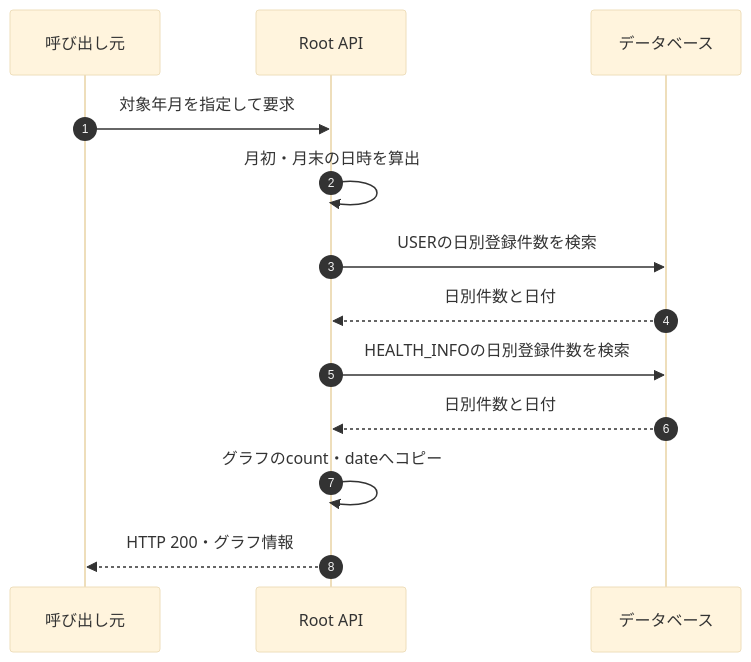
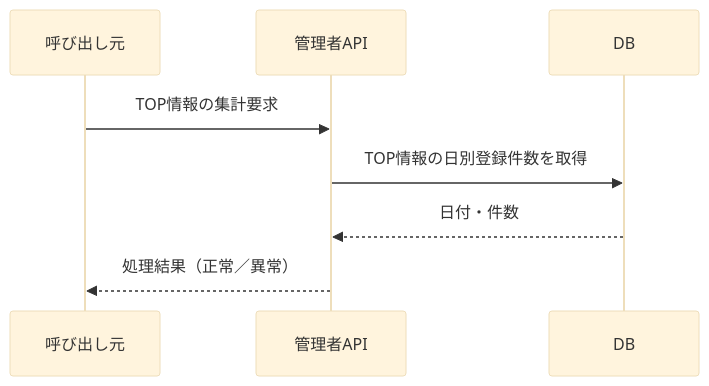
Before and after one commit to kohei-okazaki/work-3g: the first of 2 diagrams in ha-docs/design/05_rootapi/設計書_5.9.1.Top情報取得API.md, drawn with Mermaid (base theme). The commit also changed other lines of this file and 67 other files, not shown here.

````diff
--- a/ha-docs/design/05_rootapi/設計書_5.9.1.Top情報取得API.md
+++ b/ha-docs/design/05_rootapi/設計書_5.9.1.Top情報取得API.md
@@ -92,15 +10,10 @@
 ```mermaid
 sequenceDiagram
-    autonumber
-    participant Client as 呼び出し元
-    participant API as Root API
-    participant DB as データベース
-    Client->>API: 対象年月を指定して要求
-    API->>API: 月初・月末の日時を算出
-    API->>DB: USERの日別登録件数を検索
-    DB-->>API: 日別件数と日付
-    API->>DB: HEALTH_INFOの日別登録件数を検索
-    DB-->>API: 日別件数と日付
-    API->>API: グラフのcount・dateへコピー
-    API-->>Client: HTTP 200・グラフ情報
+    participant C as 呼び出し元
+    participant A as 管理者API
+    participant D as DB
+    C->>A: TOP情報の集計要求
+    A->>D: TOP情報の日別登録件数を取得
+    D-->>A: 日付・件数
+    A-->>C: 処理結果（正常／異常）
 ```
````
